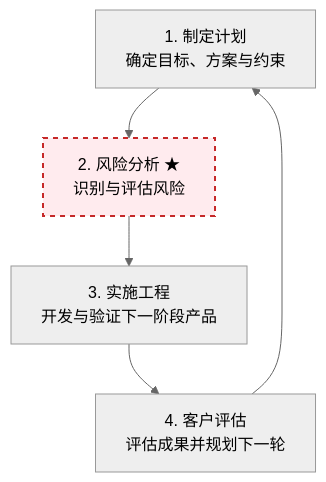
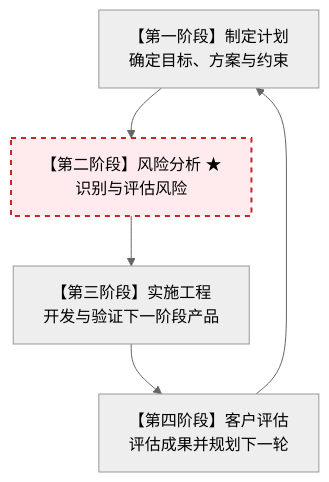
The fourth of 5 diagrams in wiki/01_项目管理/软件生存期模型.md (easonlee05/llm-wiki), drawn with Mermaid (neutral theme) before and after one commit. The commit also changed other lines of this file, not shown here.

Commit message:
fix: 修复软件生存期模型中 Mermaid 图表的语法和渲染冲突

````diff
--- a/wiki/01_项目管理/软件生存期模型.md
+++ b/wiki/01_项目管理/软件生存期模型.md
@@ -70,8 +70,8 @@
 ```mermaid
 graph TD
-    A[1. 制定计划 <br> 确定目标、方案与约束] --> B[2. 风险分析 ★ <br> 识别与评估风险]
-    B --> C[3. 实施工程 <br> 开发与验证下一阶段产品]
-    C --> D[4. 客户评估 <br> 评估成果并规划下一轮]
+    A["【第一阶段】制定计划 <br> 确定目标、方案与约束"] --> B["【第二阶段】风险分析 ★ <br> 识别与评估风险"]
+    B --> C["【第三阶段】实施工程 <br> 开发与验证下一阶段产品"]
+    C --> D["【第四阶段】客户评估 <br> 评估成果并规划下一轮"]
     D --> A
     style B fill:#ffebee,stroke:#c62828,stroke-width:2px,stroke-dasharray: 5 5
 ```
````
